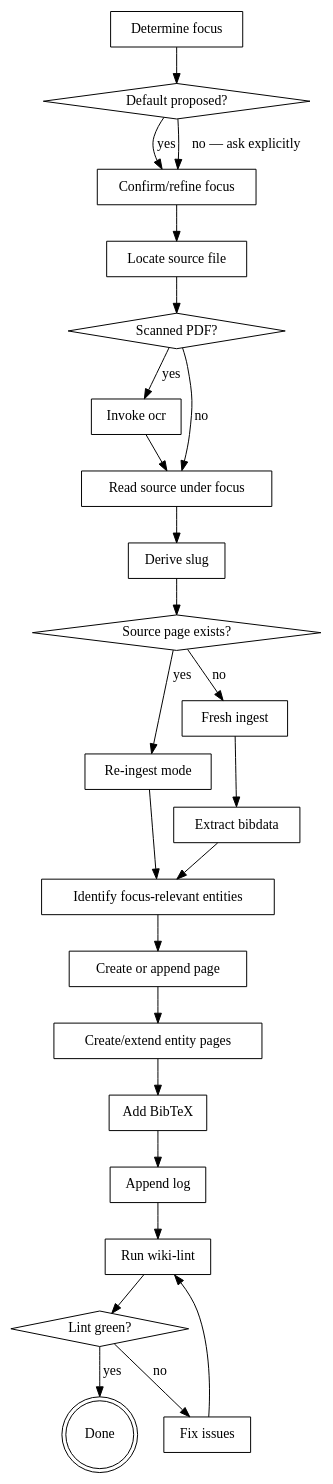
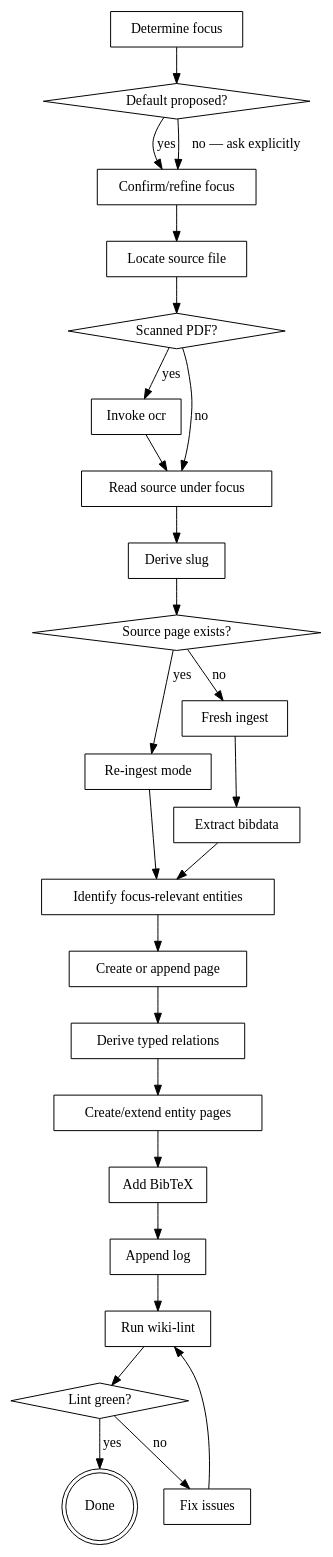
The diagram in skills/ingest-source/SKILL.md (leiverkus/research-superpowers), drawn with Graphviz before and after one commit. The commit also changed other lines of this file and 44 other files, not shown here.

First line of the commit message:
refactor: flatten publication layout; fix `make all`; ingest writes typed graph relations (#19)

````diff
--- a/skills/ingest-source/SKILL.md
+++ b/skills/ingest-source/SKILL.md
@@ -88,50 +90,52 @@
 ```dot
 digraph ingest {
     "Determine focus" [shape=box];
     "Default proposed?" [shape=diamond];
     "Confirm/refine focus" [shape=box];
     "Locate source file" [shape=box];
     "Scanned PDF?" [shape=diamond];
     "Invoke ocr" [shape=box];
     "Read source under focus" [shape=box];
     "Derive slug" [shape=box];
     "Source page exists?" [shape=diamond];
     "Re-ingest mode" [shape=box];
     "Fresh ingest" [shape=box];
     "Extract bibdata" [shape=box];
     "Identify focus-relevant entities" [shape=box];
     "Create or append page" [shape=box];
+    "Derive typed relations" [shape=box];
     "Create/extend entity pages" [shape=box];
     "Add BibTeX" [shape=box];
     "Append log" [shape=box];
     "Run wiki-lint" [shape=box];
     "Lint green?" [shape=diamond];
     "Fix issues" [shape=box];
     "Done" [shape=doublecircle];
 
     "Determine focus" -> "Default proposed?";
     "Default proposed?" -> "Confirm/refine focus" [label="yes"];
     "Default proposed?" -> "Confirm/refine focus" [label="no — ask explicitly"];
     "Confirm/refine focus" -> "Locate source file";
     "Locate source file" -> "Scanned PDF?";
     "Scanned PDF?" -> "Invoke ocr" [label="yes"];
     "Scanned PDF?" -> "Read source under focus" [label="no"];
     "Invoke ocr" -> "Read source under focus";
     "Read source under focus" -> "Derive slug";
     "Derive slug" -> "Source page exists?";
     "Source page exists?" -> "Re-ingest mode" [label="yes"];
     "Source page exists?" -> "Fresh ingest" [label="no"];
     "Fresh ingest" -> "Extract bibdata";
     "Re-ingest mode" -> "Identify focus-relevant entities";
     "Extract bibdata" -> "Identify focus-relevant entities";
     "Identify focus-relevant entities" -> "Create or append page";
-    "Create or append page" -> "Create/extend entity pages";
+    "Create or append page" -> "Derive typed relations";
+    "Derive typed relations" -> "Create/extend entity pages";
     "Create/extend entity pages" -> "Add BibTeX";
     "Add BibTeX" -> "Append log";
     "Append log" -> "Run wiki-lint";
     "Run wiki-lint" -> "Lint green?";
     "Lint green?" -> "Fix issues" [label="no"];
     "Fix issues" -> "Run wiki-lint";
     "Lint green?" -> "Done" [label="yes"];
 }
 ```
````
